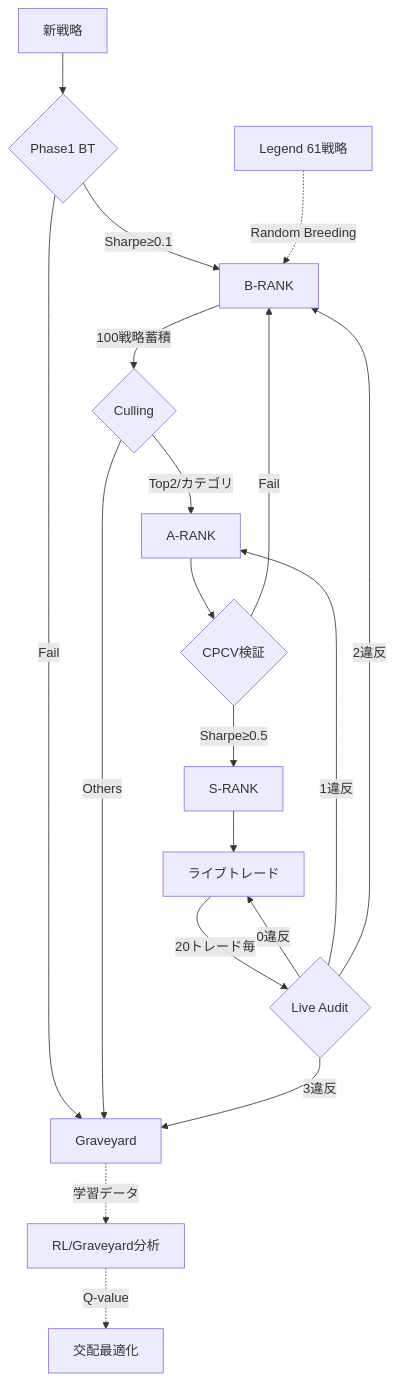
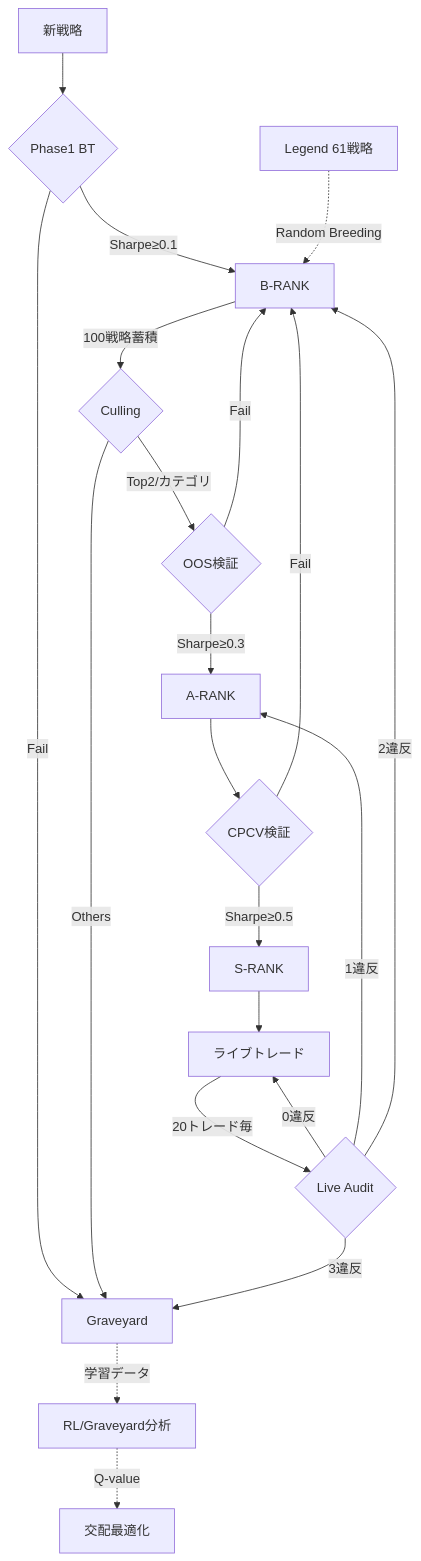
The first of 2 diagrams in doc/knowledge/implementation_plan_v49.8.md (gethinu/swimmy-fx-tribe), drawn with Mermaid before and after one commit. The commit also changed other lines of this file and 65 other files, not shown here.

````diff
--- a/doc/knowledge/implementation_plan_v49.8.md
+++ b/doc/knowledge/implementation_plan_v49.8.md
@@ -85,25 +85,27 @@
 ```mermaid
 graph TD
     A[新戦略] --> B{Phase1 BT}
     B -->|Sharpe≥0.1| C[B-RANK]
     B -->|Fail| D[Graveyard]
     C -->|100戦略蓄積| E{Culling}
-    E -->|Top2/カテゴリ| F[A-RANK]
+    E -->|Top2/カテゴリ| F{OOS検証}
+    F -->|Sharpe≥0.3| AR[A-RANK]
+    F -->|Fail| C
     E -->|Others| D
-    F --> G{CPCV検証}
+    AR --> G{CPCV検証}
     G -->|Sharpe≥0.5| H[S-RANK]
     G -->|Fail| C
     
     %% S-RANK Live Trade Audit (V47.5)
     H --> I[ライブトレード]
     I -->|20トレード毎| J{Live Audit}
     J -->|0違反| I
-    J -->|1違反| F
+    J -->|1違反| AR
     J -->|2違反| C
     J -->|3違反| D
     
     %% Learning & Breeding
     L[Legend 61戦略] -.->|Random Breeding| C
     D -.->|学習データ| M[RL/Graveyard分析]
     M -.->|Q-value| N[交配最適化]
 ```
````
